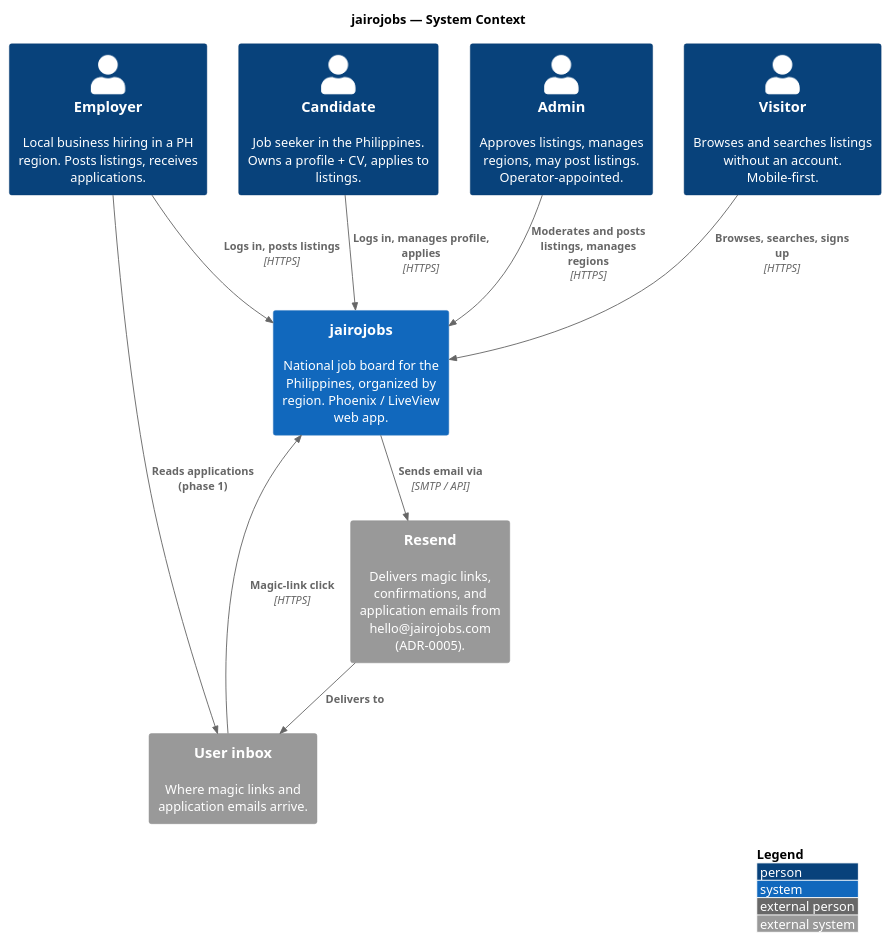
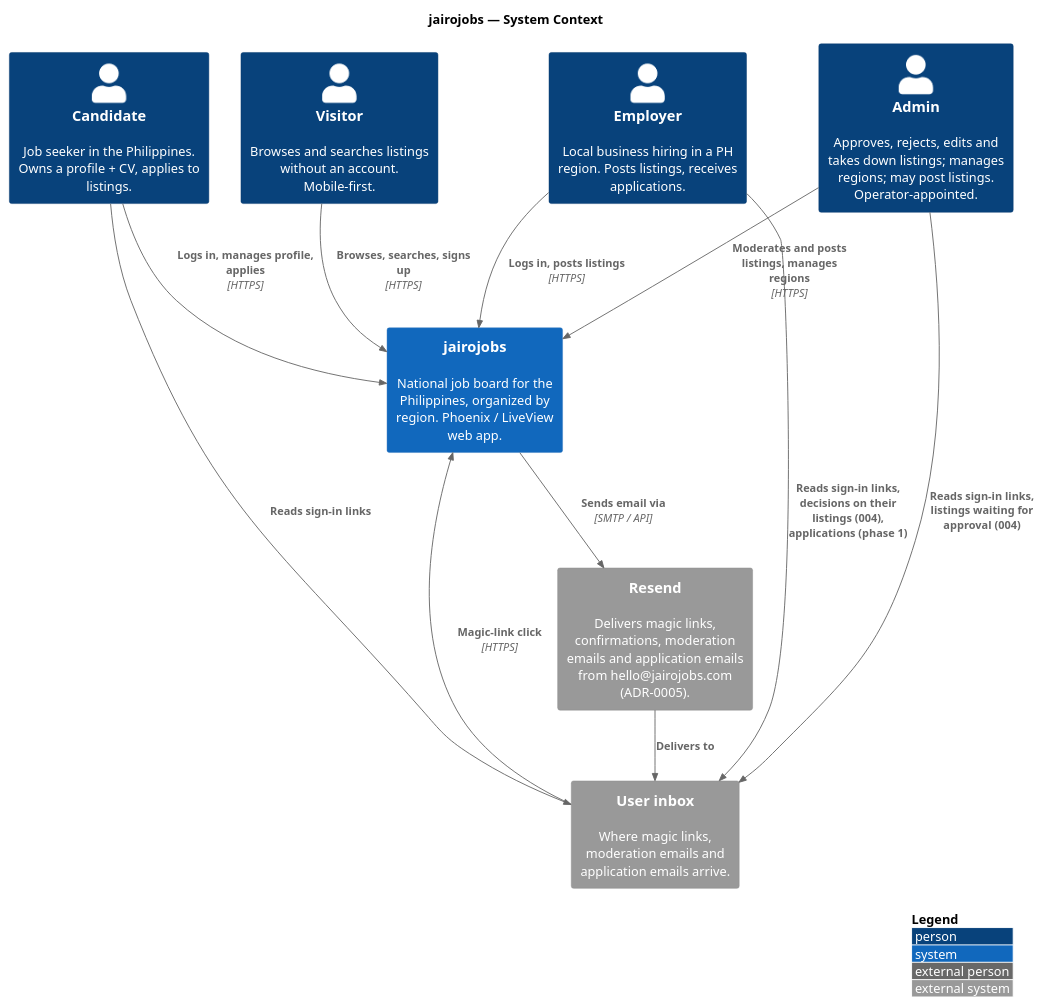
The diagram in docs/architecture/diagrams/src/c4-context-system.puml (raseniero/jairojobs-elixir), drawn with PlantUML before and after one commit. The commit also changed 23 other files, not shown here.

Commit message:
docs(spec 004): architecture and earlier specs brought in line

```diff
--- a/docs/architecture/diagrams/src/c4-context-system.puml
+++ b/docs/architecture/diagrams/src/c4-context-system.puml
@@ -1,30 +1,32 @@
 @startuml c4-context-system
 ' C4 Level 1 — System Context. Who uses jairojobs and what it talks to.
 ' Source of truth: docs/specs/000-product-overview/spec.md
 !include <C4/C4_Context>
 
 LAYOUT_WITH_LEGEND()
 
 title jairojobs — System Context
 
 Person(visitor, "Visitor", "Browses and searches listings without an account. Mobile-first.")
 Person(candidate, "Candidate", "Job seeker in the Philippines. Owns a profile + CV, applies to listings.")
 Person(employer, "Employer", "Local business hiring in a PH region. Posts listings, receives applications.")
-Person(admin, "Admin", "Approves listings, manages regions, may post listings. Operator-appointed.")
+Person(admin, "Admin", "Approves, rejects, edits and takes down listings; manages regions; may post listings. Operator-appointed.")
 
 System(jairojobs, "jairojobs", "National job board for the Philippines, organized by region. Phoenix / LiveView web app.")
 
-System_Ext(email, "Resend", "Delivers magic links, confirmations, and application emails from hello@jairojobs.com (ADR-0005).")
-System_Ext(inbox, "User inbox", "Where magic links and application emails arrive.")
+System_Ext(email, "Resend", "Delivers magic links, confirmations, moderation emails and application emails from hello@jairojobs.com (ADR-0005).")
+System_Ext(inbox, "User inbox", "Where magic links, moderation emails and application emails arrive.")
 
 Rel(visitor, jairojobs, "Browses, searches, signs up", "HTTPS")
 Rel(candidate, jairojobs, "Logs in, manages profile, applies", "HTTPS")
 Rel(employer, jairojobs, "Logs in, posts listings", "HTTPS")
 Rel(admin, jairojobs, "Moderates and posts listings, manages regions", "HTTPS")
 
 Rel(jairojobs, email, "Sends email via", "SMTP / API")
 Rel(email, inbox, "Delivers to")
 Rel(inbox, jairojobs, "Magic-link click", "HTTPS")
-Rel(employer, inbox, "Reads applications (phase 1)")
+Rel(candidate, inbox, "Reads sign-in links")
+Rel(employer, inbox, "Reads sign-in links, decisions on their listings (004), applications (phase 1)")
+Rel(admin, inbox, "Reads sign-in links, listings waiting for approval (004)")
 
 @enduml
```
